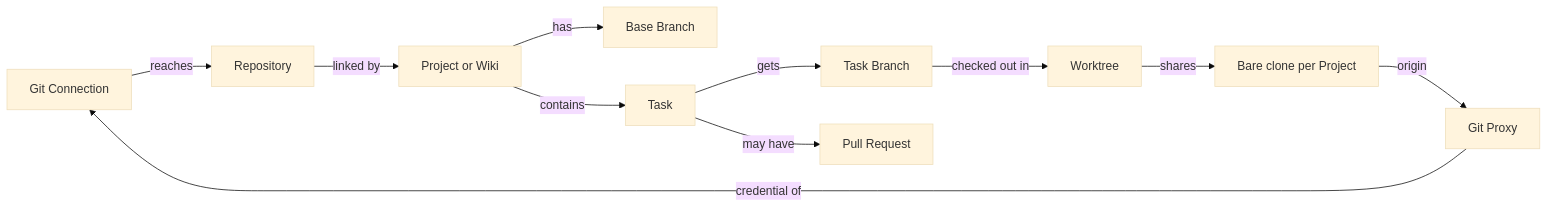
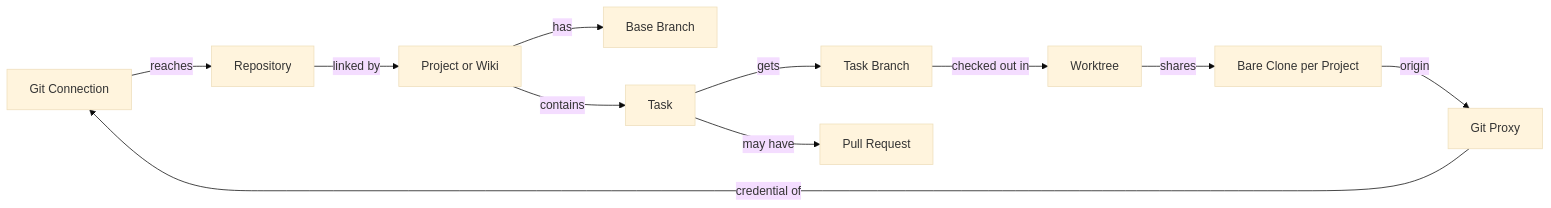
Before and after one commit to mceck/claude-task: the first of 4 diagrams in docs/specs/git-integration.md, drawn with Mermaid (base theme). The commit also changed other lines of this file and 95 other files, not shown here.

````diff
--- a/docs/specs/git-integration.md
+++ b/docs/specs/git-integration.md
@@ -19,13 +19,13 @@
 ```mermaid
 flowchart LR
   GC[Git Connection] -->|reaches| R[Repository]
   R -->|linked by| P[Project or Wiki]
   P -->|has| BB[Base Branch]
   P -->|contains| T[Task]
   T -->|gets| TB[Task Branch]
   T -->|may have| PR[Pull Request]
   TB -->|checked out in| W[Worktree]
-  W -->|shares| BC[Bare clone per Project]
+  W -->|shares| BC[Bare Clone per Project]
   BC -->|origin| GP[Git Proxy]
   GP -->|credential of| GC
 ```
````
